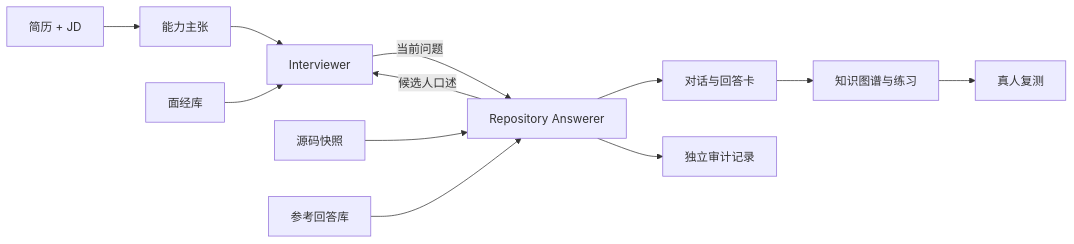
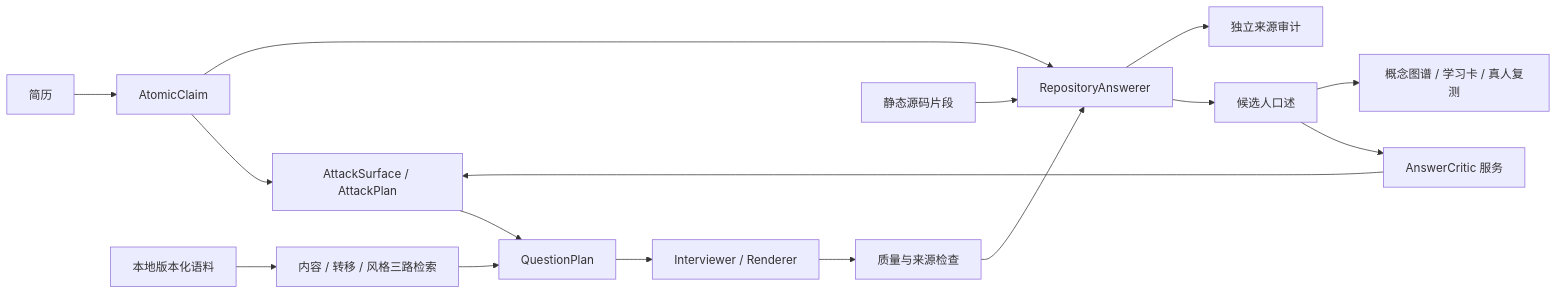
Before and after one commit to homulillew/InterviewForge: the diagram in README.md, drawn with Mermaid. The commit also changed other lines of this file and 123 other files, not shown here.

Commit message:
feat: add corpus-grounded adversarial interview harness and schema 2.0

````diff
--- a/README.md
+++ b/README.md
@@ -137,14 +59,18 @@
 ```mermaid
 flowchart LR
-    R[简历 + JD] --> C[能力主张]
-    C --> I[Interviewer]
-    M[面经库] --> I
-    I -->|当前问题| A[Repository Answerer]
-    Repo[源码快照] --> A
-    Ref[参考回答库] --> A
-    A -->|候选人口述| I
-    A --> T[对话与回答卡]
-    A --> Audit[独立审计记录]
-    T --> G[知识图谱与练习]
-    G --> H[真人复测]
+    Resume[简历] --> Claim[AtomicClaim]
+    Claim --> Surface[AttackSurface / AttackPlan]
+    Corpus[本地版本化语料] --> Retrieval[内容 / 转移 / 风格三路检索]
+    Surface --> Plan[QuestionPlan]
+    Retrieval --> Plan
+    Plan --> Red[Interviewer / Renderer]
+    Red --> Guard[质量与来源检查]
+    Guard --> Blue[RepositoryAnswerer]
+    Repo[静态源码片段] --> Blue
+    Claim --> Blue
+    Blue --> Speech[候选人口述]
+    Speech --> Critic[AnswerCritic 服务]
+    Critic --> Surface
+    Blue --> Audit[独立来源审计]
+    Speech --> Learn[概念图谱 / 学习卡 / 真人复测]
 ```
````
